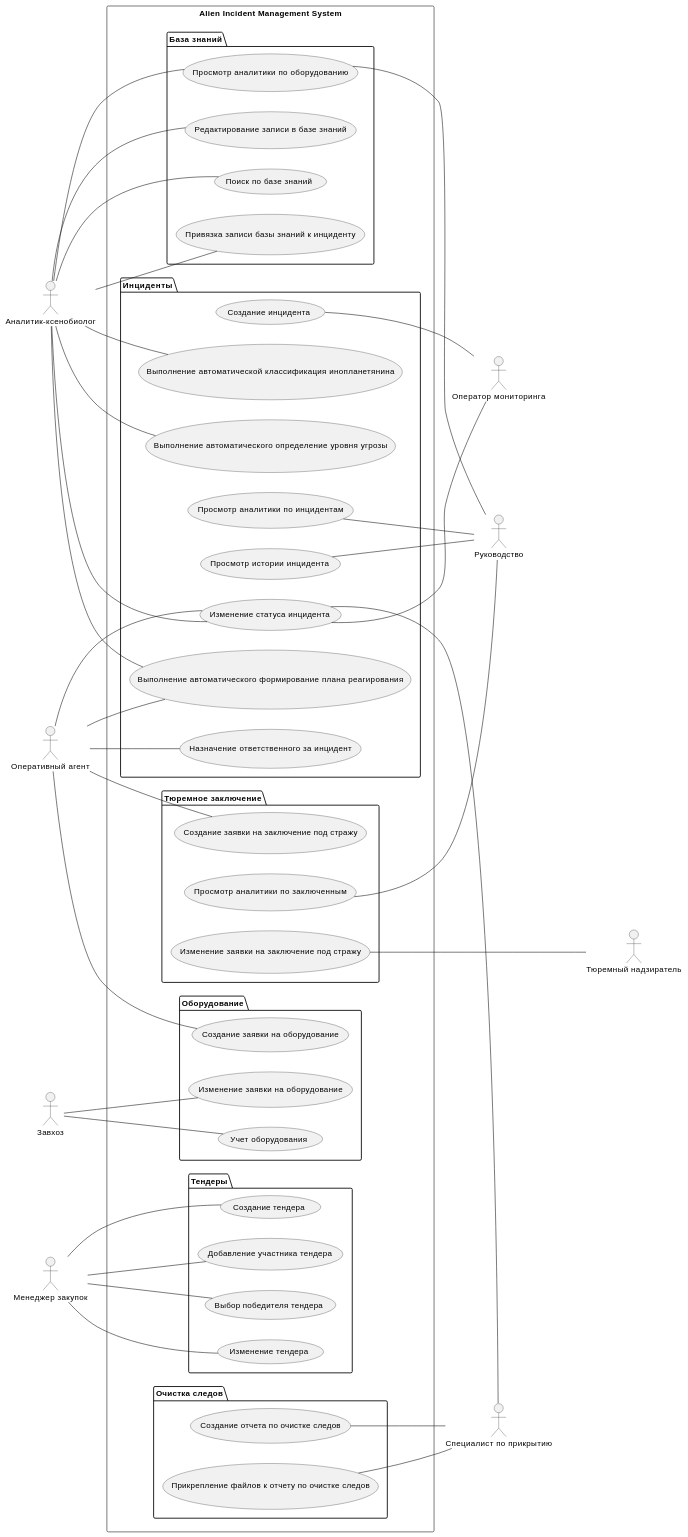
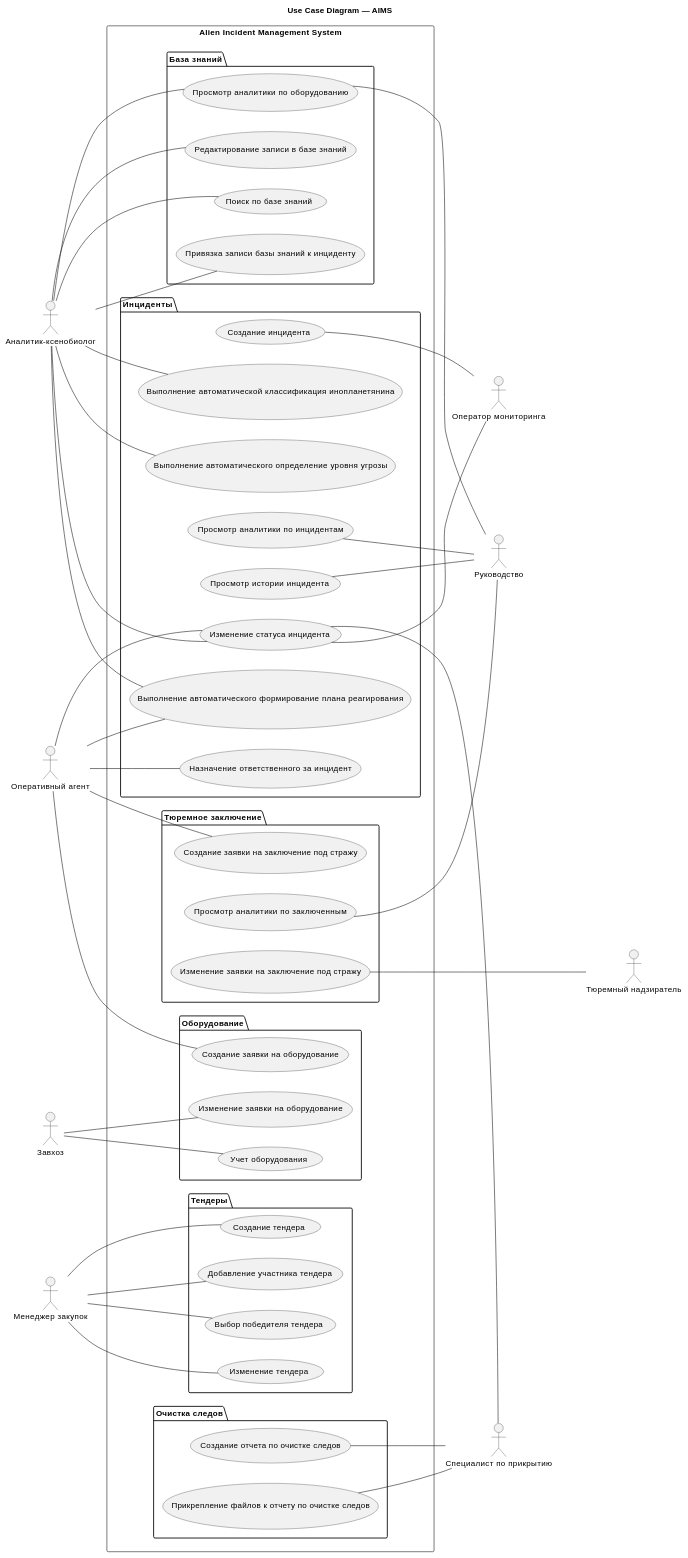
Before and after one commit to Andryss/AIMS: the diagram in docs/use-case/common.md, drawn with PlantUML. The commit also changed 31 other files, not shown here.

````diff
--- a/docs/use-case/common.md
+++ b/docs/use-case/common.md
@@ -3,5 +3,6 @@
 ```plantuml
 @startuml
+title Use Case Diagram — AIMS
 left to right direction
 
 actor "Оператор мониторинга" as Operator
````
